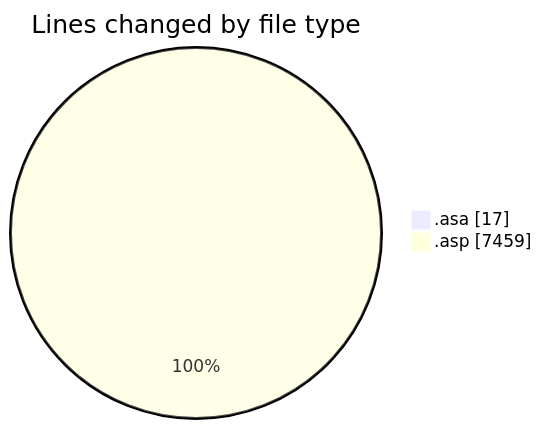
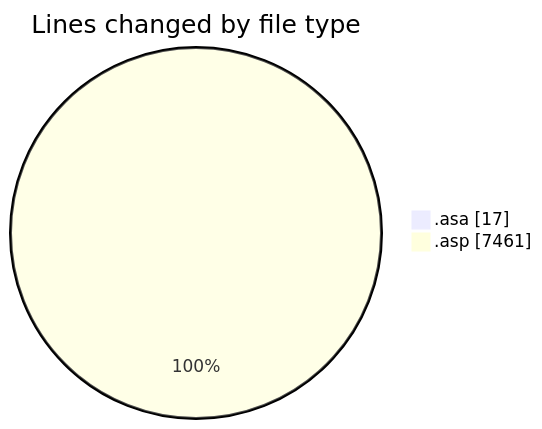
One commit to julien-gomy/code-tracking changed the first of 2 diagrams in 2025-11-06/usr_aleoudev_fr__workspace_/README.md. Above: the diagram before and after it, drawn with Mermaid. The commit also changed other lines of this file and 1 other file, not shown here.

````diff
--- a/2025-11-06/usr_aleoudev_fr__workspace_/README.md
+++ b/2025-11-06/usr_aleoudev_fr__workspace_/README.md
@@ -24,6 +24,6 @@
 ```mermaid
 pie showData
 title Lines changed by file type
 ".asa" : 17
-".asp" : 7459
+".asp" : 7461
 ```
````
